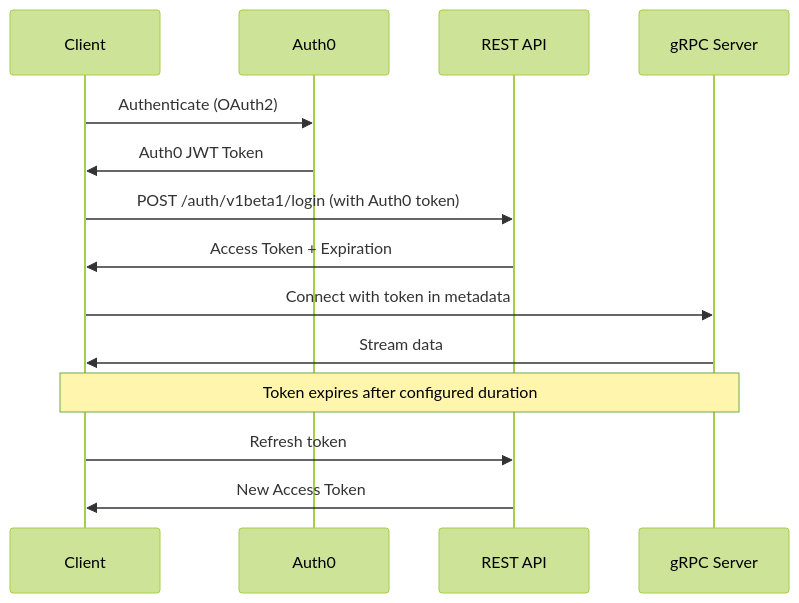
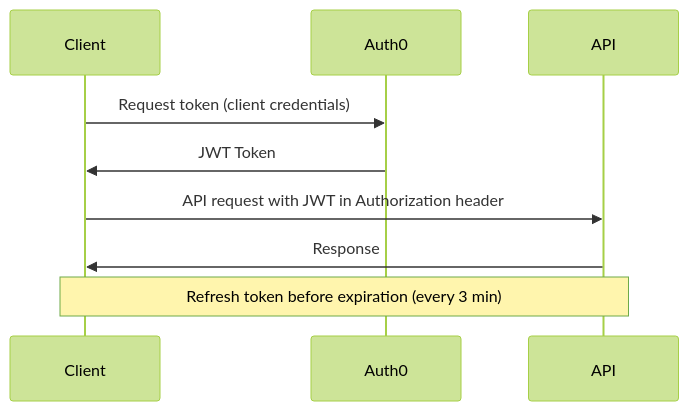
Before and after one commit to chrisr-a11y/docs: the diagram in streaming-endpoints/authentication.mdx, drawn with Mermaid (forest theme). The commit also changed other lines of this file and 1 other file, not shown here.

First line of the commit message:
docs: Fix auth flow - no login step, just use Auth0 JWT directly

````diff
--- a/streaming-endpoints/authentication.mdx
+++ b/streaming-endpoints/authentication.mdx
@@ -13,17 +19,12 @@
 ```mermaid
 sequenceDiagram
     participant Client
     participant Auth0
-    participant REST API
-    participant gRPC Server
+    participant API
 
-    Client->>Auth0: Authenticate (OAuth2)
-    Auth0->>Client: Auth0 JWT Token
-    Client->>REST API: POST /auth/v1beta1/login (with Auth0 token)
-    REST API->>Client: Access Token + Expiration
-    Client->>gRPC Server: Connect with token in metadata
-    gRPC Server->>Client: Stream data
-    Note over Client,gRPC Server: Token expires after configured duration
-    Client->>REST API: Refresh token
-    REST API->>Client: New Access Token
+    Client->>Auth0: Request token (client credentials)
+    Auth0->>Client: JWT Token
+    Client->>API: API request with JWT in Authorization header
+    API->>Client: Response
+    Note over Client,API: Refresh token before expiration (every 3 min)
 ```
````
